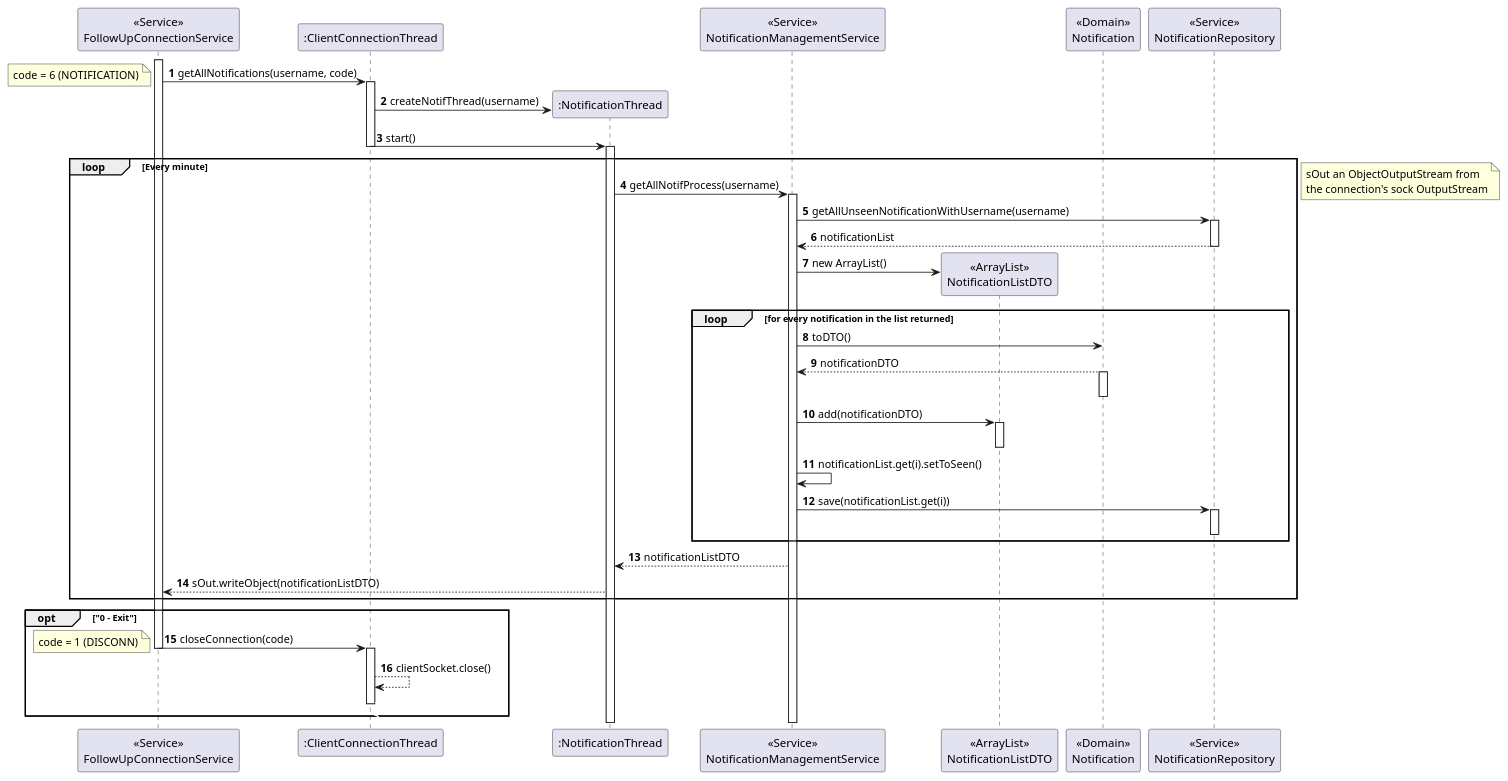
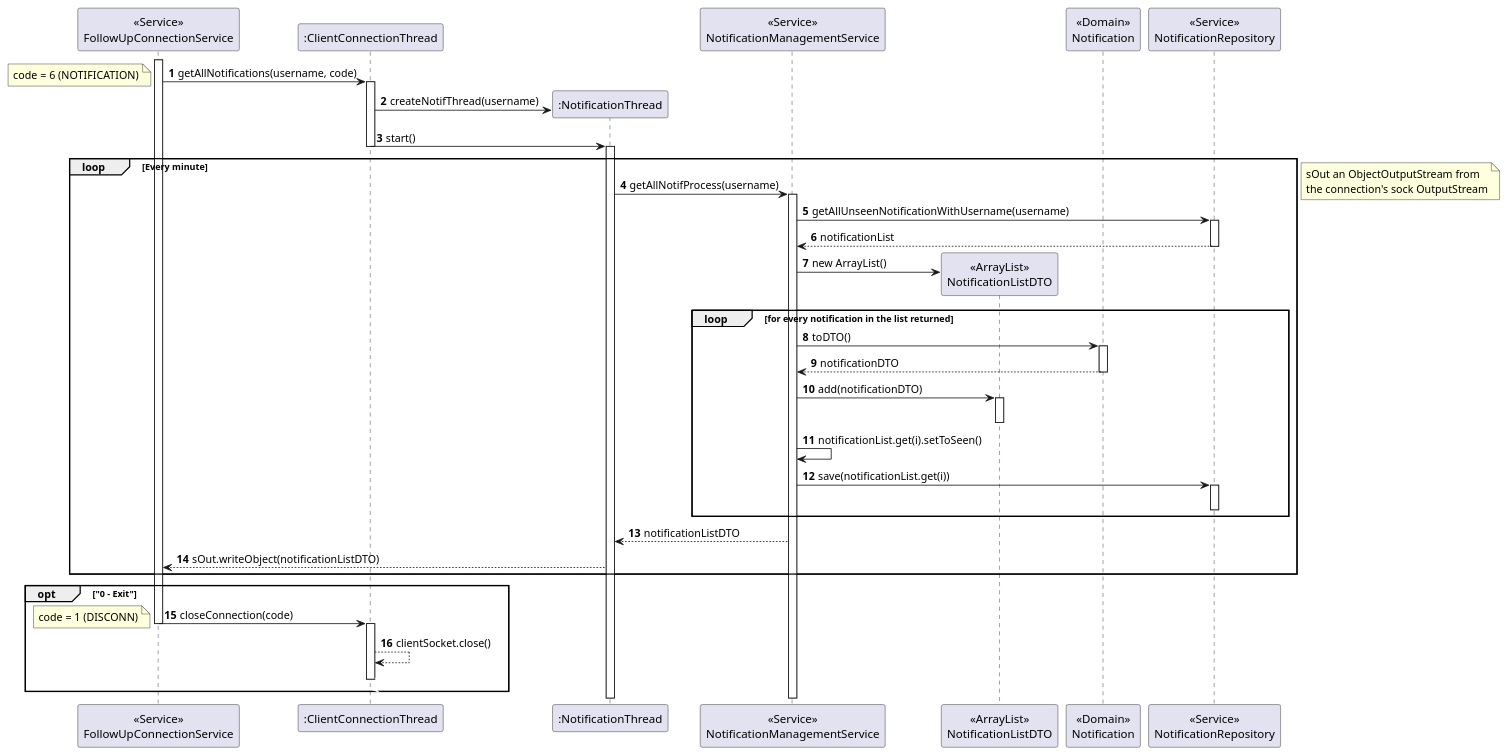
The diagram in docs/sprint-c/us_3001/US3001_SD/US3001_SD_Server_To_Repo.puml (rita-barbosa/LAPR4-2324), drawn with PlantUML before and after one commit. The commit also changed 1 other file, not shown here.

```diff
--- a/docs/sprint-c/us_3001/US3001_SD/US3001_SD_Server_To_Repo.puml
+++ b/docs/sprint-c/us_3001/US3001_SD/US3001_SD_Server_To_Repo.puml
@@ -1,108 +1,108 @@
 @startuml
 'https://plantuml.com/sequence-diagram
 
 autonumber
 
 participant "<<Service>>\nFollowUpConnectionService" as SER
 participant ":ClientConnectionThread" as CLITHREAD
 participant ":NotificationThread" as THREAD
 participant "<<Service>>\nNotificationManagementService" as NS
 participant "<<ArrayList>>\nNotificationListDTO" as LIST
 participant "<<Domain>>\nNotification" as N
 participant "<<Service>>\nNotificationRepository" as NREPO
 
 activate SER
 
             SER -> CLITHREAD : getAllNotifications(username, code)
 
             note left
             code = 6 (NOTIFICATION)
             end note
 
             activate CLITHREAD
 
                 CLITHREAD -> THREAD** : createNotifThread(username)
 
                 CLITHREAD -> THREAD : start()
 
             deactivate CLITHREAD
 
             activate THREAD
 
                 loop Every minute
 
                 THREAD -> NS : getAllNotifProcess(username)
 
                 activate NS
 
                     NS -> NREPO : getAllUnseenNotificationWithUsername(username)
 
                     activate NREPO
 
                         NREPO --> NS : notificationList
 
                     deactivate NREPO
 
                             NS -> LIST**: new ArrayList()
 
                             loop for every notification in the list returned
 
                                 NS -> N : toDTO()
 
-                                N --> NS : notificationDTO
+                                activate N
 
-                                activate N
+                                    N --> NS : notificationDTO
 
                                 deactivate N
 
                                 NS -> LIST : add(notificationDTO)
 
                                 activate LIST
 
                                 deactivate LIST
 
                                 NS -> NS : notificationList.get(i).setToSeen()
 
                                 NS -> NREPO : save(notificationList.get(i))
 
                                 activate NREPO
 
                                 deactivate NREPO
 
                             end
 
                         NS --> THREAD : notificationListDTO
 
                         THREAD --> SER : sOut.writeObject(notificationListDTO)
 
                         end
 
                         note right
                         sOut an ObjectOutputStream from
                         the connection's sock OutputStream
                         end note
 
 
 
                        opt "0 - Exit"
 
                        SER -> CLITHREAD : closeConnection(code)
                        deactivate SER
                        activate CLITHREAD
                        note left
                        code = 1 (DISCONN)
                        end note
 
                        CLITHREAD --> CLITHREAD : clientSocket.close()
 
                        autonumber stop
                        CLITHREAD -[#white]> CLITHREAD
                        deactivate CLITHREAD
 
 
                        autonumber resume
 
                        end opt
 
 
 @enduml
```
